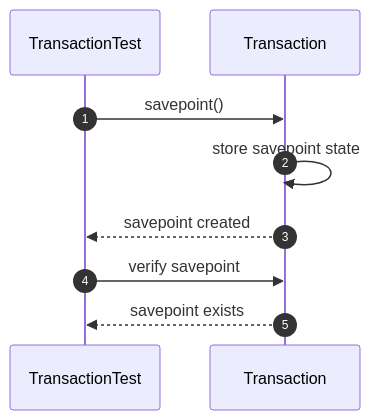
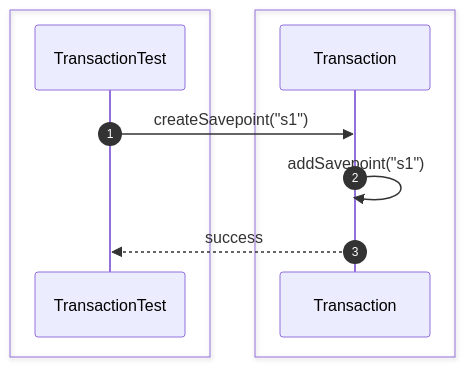
Diagram 16 of 54 in src/sequence/transaction.md (Huy1801214/dbms-architecture), drawn with Mermaid before and after one commit. The commit also changed other lines of this file and 10 other files, not shown here.

Commit message:
add comprehensive sequence diagrams and documentation for system architecture and unit testing specifications

````diff
--- a/src/sequence/transaction.md
+++ b/src/sequence/transaction.md
@@ -186,17 +271,15 @@
 ```mermaid
 sequenceDiagram
     autonumber
 
+    box #e1f5fe Test Suite
     participant Test as TransactionTest
+    end
+    box #ffebee Transaction Components
     participant Tx as Transaction
+    end
 
-    Test->>Tx: savepoint()
-
-    Tx->>Tx: store savepoint state
-
-    Tx-->>Test: savepoint created
-
-    Test->>Tx: verify savepoint
-
-    Tx-->>Test: savepoint exists 
+    Test->>Tx: createSavepoint("s1")
+    Tx->>Tx: addSavepoint("s1")
+    Tx-->>Test: success
 ```
````
